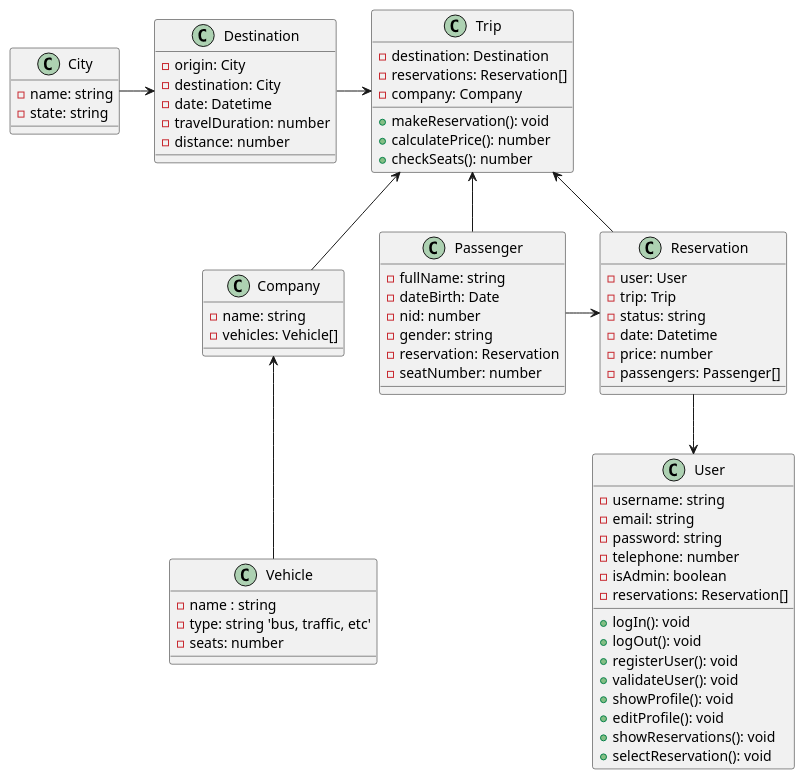
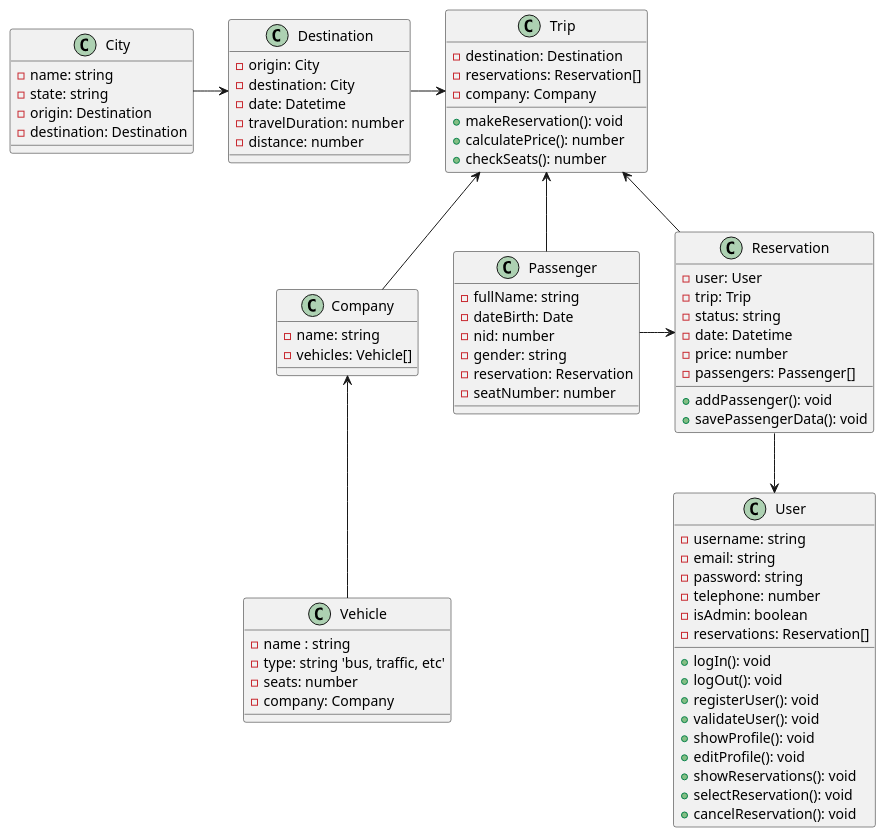
The diagram in Diagrams/platformUM-diagram.puml (NKAmazing/PlatformUM), drawn with PlantUML before and after one commit. The commit also changed 6 other files, not shown here.

```diff
--- a/Diagrams/platformUM-diagram.puml
+++ b/Diagrams/platformUM-diagram.puml
@@ -1,84 +1,90 @@
 @startuml PlatformUM
 
 ''' Aplication class diagram that provides travel services'''
 
 class User {
     - username: string
     - email: string
     - password: string
     - telephone: number
     - isAdmin: boolean
     - reservations: Reservation[]
     + logIn(): void
     + logOut(): void
     + registerUser(): void
     + validateUser(): void
     + showProfile(): void
     + editProfile(): void
     + showReservations(): void
     + selectReservation(): void
+    + cancelReservation(): void
 }
 
 ' Add data of the vehicle
 class Vehicle {
     - name : string
     - type: string 'bus, traffic, etc'
     - seats: number
+    - company: Company
 }
 
 ' *Add data of the company
 class Company {
     - name: string
     - vehicles: Vehicle[]
 }
 
 class Destination {
     - origin: City
     - destination: City
     - date: Datetime
     - travelDuration: number
     - distance: number
 }
 
 class Trip {
     - destination: Destination
     - reservations: Reservation[]
     - company: Company
     + makeReservation(): void
     + calculatePrice(): number
     + checkSeats(): number
 }
 
 class Reservation {
     - user: User
     - trip: Trip
     - status: string
     - date: Datetime
     - price: number
     - passengers: Passenger[]
+    + addPassenger(): void
+    + savePassengerData(): void
 }
 
 class City {
     - name: string
     - state: string
+    - origin: Destination
+    - destination: Destination
 }
 
 class Passenger {
     - fullName: string
     - dateBirth: Date
     - nid: number
     - gender: string
     - reservation: Reservation
     - seatNumber: number
 }
 
 City -r-> Destination
 Destination -r-> Trip
 Passenger --r--> Reservation
 Passenger -u-> Trip
 Reservation -d-> Trip
 Reservation -d-> User
 Vehicle -u-> Company
 Company -u-> Trip
  
 @enduml
```
